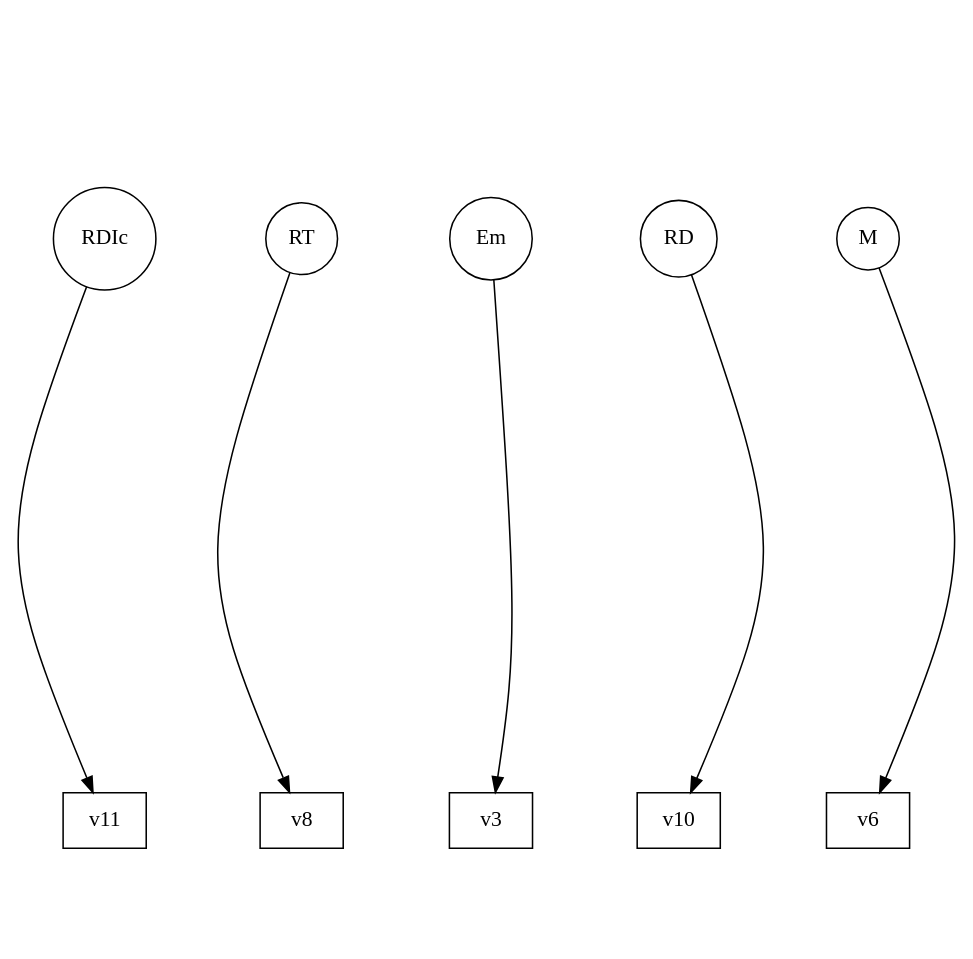
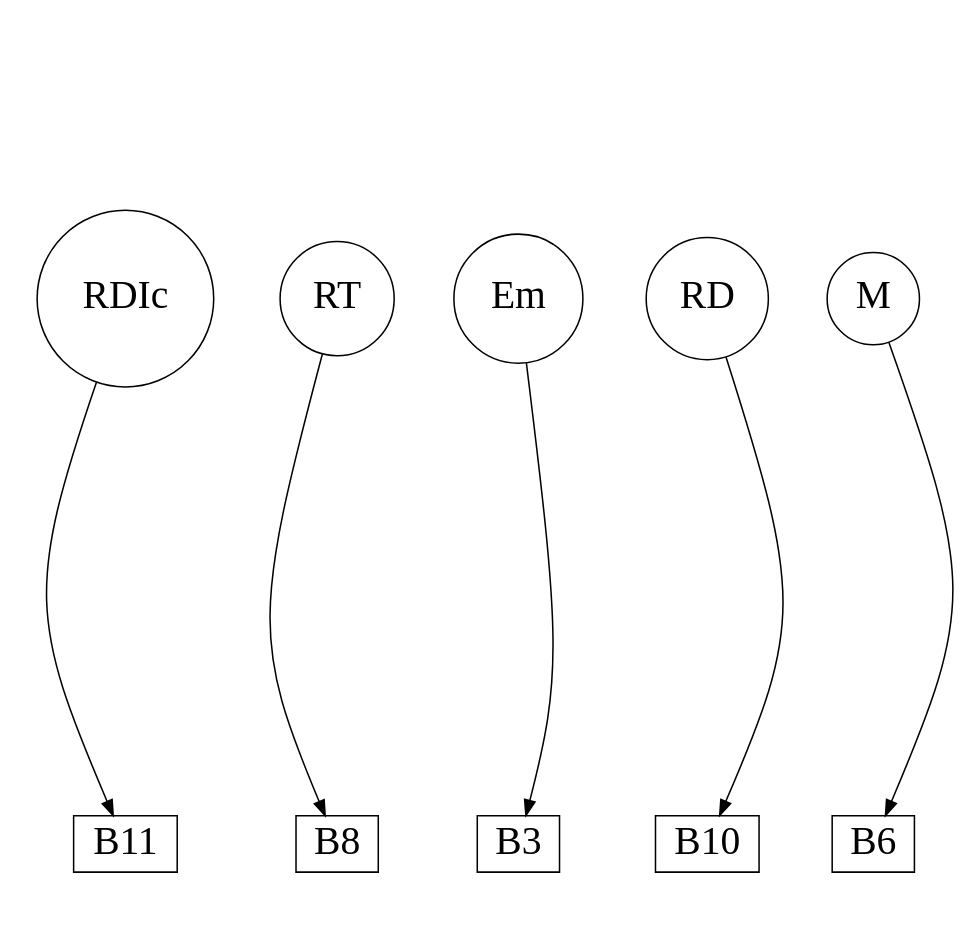
Before and after one commit to gratelpy/gratelpy-supplementary-information: the diagram in cdc42_network_in_yeast/order_5/goryachev_model_order_5_frag_23_sg_0.dot, drawn with Graphviz. The commit also changed 618 other files, not shown here.

```diff
--- a/cdc42_network_in_yeast/order_5/goryachev_model_order_5_frag_23_sg_0.dot
+++ b/cdc42_network_in_yeast/order_5/goryachev_model_order_5_frag_23_sg_0.dot
@@ -1,23 +1,22 @@
 strict digraph G {
 remincross="true";
 ratio="fill";
 splines="curved";
 overlap="true";
-fontsize="26";
 size="8.3,8.3";
-RDIc [shape="circle", pos="400.0,0.0!"];
-RT [shape="circle", pos="80.0,240.0!"];
-Em [shape="circle", pos="0.0,280.0!"];
-v11 [shape="box", pos="420.0,80.0!"];
-v10 [shape="box", pos="160.0,80.0!"];
-v6 [shape="box", pos="260.0,240.0!"];
-v3 [shape="box", pos="200.0,280.0!"];
-RD [shape="circle", pos="200.0,160.0!"];
-M [shape="circle", pos="260.0,360.0!"];
-v8 [shape="box", pos="160.0,320.0!"];
-Em -> v3;
-RD -> v10;
-RT -> v8;
-RDIc -> v11;
-M -> v6;
+RDIc [shape="circle", fontsize=26, pos="400.0,0.0!"];
+RT [shape="circle", fontsize=26, pos="80.0,240.0!"];
+Em [shape="circle", fontsize=26, pos="0.0,280.0!"];
+B11 [shape="box", fontsize=26, pos="420.0,80.0!"];
+B10 [shape="box", fontsize=26, pos="160.0,80.0!"];
+B6 [shape="box", fontsize=26, pos="260.0,240.0!"];
+B3 [shape="box", fontsize=26, pos="200.0,280.0!"];
+RD [shape="circle", fontsize=26, pos="200.0,160.0!"];
+M [shape="circle", fontsize=26, pos="260.0,360.0!"];
+B8 [shape="box", fontsize=26, pos="160.0,320.0!"];
+Em -> B3;
+RD -> B10;
+RT -> B8;
+RDIc -> B11;
+M -> B6;
 }
```
